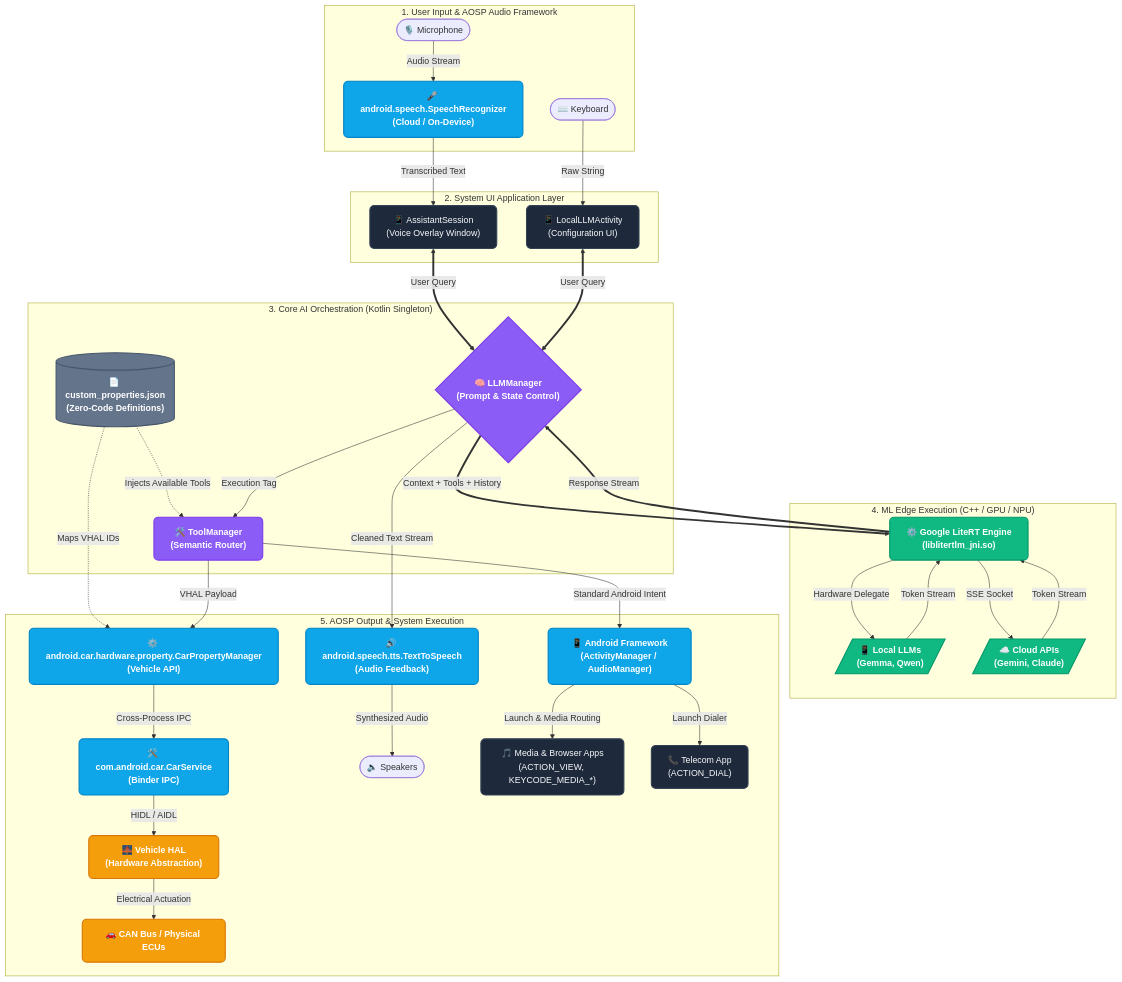
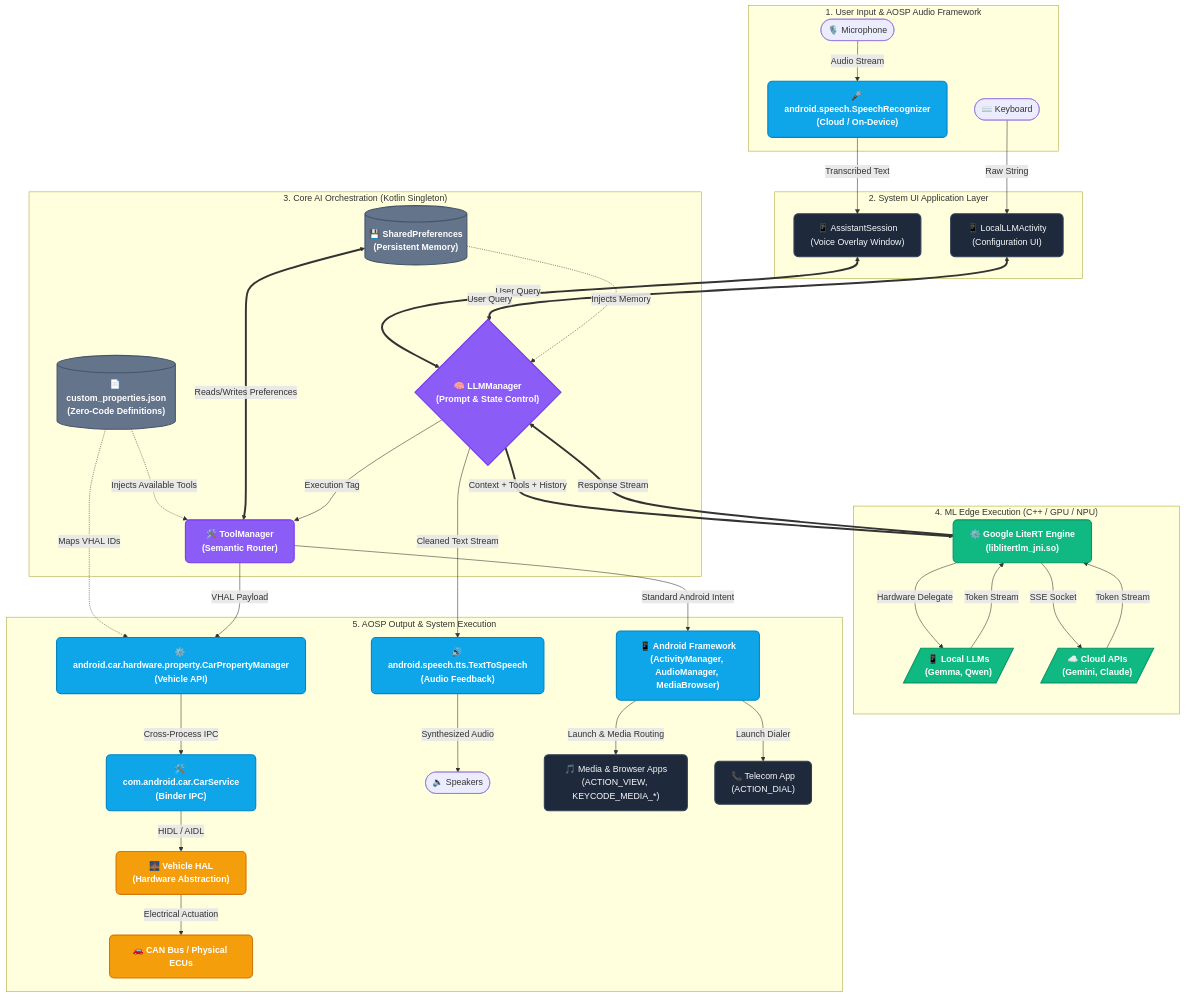
One commit to hemangpandhi/ai-assistant changed the first of 4 diagrams in ARCHITECTURE.md. Above: the diagram before and after it, drawn with Mermaid. The commit also changed other lines of this file, not shown here.

Commit message:
docs: explicitly add MediaBrowser and SharedPreferences to architecture diagrams

````diff
--- a/ARCHITECTURE.md
+++ b/ARCHITECTURE.md
@@ -11,76 +11,80 @@
 ```mermaid
 flowchart TD
     %% Professional Enterprise Theme
     classDef sysApp fill:#1E293B,stroke:#334155,stroke-width:2px,color:#F8FAFC,rx:8px,ry:8px;
     classDef aospAPI fill:#0EA5E9,stroke:#0284C7,stroke-width:2px,color:#FFFFFF,rx:8px,ry:8px,font-weight:bold;
     classDef logic fill:#8B5CF6,stroke:#7C3AED,stroke-width:2px,color:#FFFFFF,rx:8px,ry:8px,font-weight:bold;
     classDef ai fill:#10B981,stroke:#059669,stroke-width:2px,color:#FFFFFF,rx:8px,ry:8px,font-weight:bold;
     classDef hardware fill:#F59E0B,stroke:#D97706,stroke-width:2px,color:#FFFFFF,rx:8px,ry:8px,font-weight:bold;
     classDef config fill:#64748B,stroke:#475569,stroke-width:2px,color:#FFFFFF,rx:8px,ry:8px,font-weight:bold;
 
     subgraph Input ["1. User Input & AOSP Audio Framework"]
         MIC([🎙️ Microphone])
         TXT([⌨️ Keyboard])
         STT["🎤 android.speech.SpeechRecognizer<br/>(Cloud / On-Device)"]:::aospAPI
     end
 
     subgraph AppUI ["2. System UI Application Layer"]
         SESSION["📱 AssistantSession<br/>(Voice Overlay Window)"]:::sysApp
         ACT["📱 LocalLLMActivity<br/>(Configuration UI)"]:::sysApp
     end
 
     subgraph Orchestration ["3. Core AI Orchestration (Kotlin Singleton)"]
         LLM{"🧠 LLMManager<br/>(Prompt & State Control)"}:::logic
         TM["🛠️ ToolManager<br/>(Semantic Router)"]:::logic
         JSON[("📄 custom_properties.json<br/>(Zero-Code Definitions)")]:::config
+        PREFS[("💾 SharedPreferences<br/>(Persistent Memory)")]:::config
     end
 
     subgraph Inference ["4. ML Edge Execution (C++ / GPU / NPU)"]
         LITERT["⚙️ Google LiteRT Engine<br/>(liblitertlm_jni.so)"]:::ai
         LOCAL[/"📱 Local LLMs<br/>(Gemma, Qwen)"/]:::ai
         CLOUD[/"☁️ Cloud APIs<br/>(Gemini, Claude)"/]:::ai
     end
 
     subgraph Output ["5. AOSP Output & System Execution"]
         TTS["🔊 android.speech.tts.TextToSpeech<br/>(Audio Feedback)"]:::aospAPI
         CPM["⚙️ android.car.hardware.property.CarPropertyManager<br/>(Vehicle API)"]:::aospAPI
         CARSERVICE["🛠️ com.android.car.CarService<br/>(Binder IPC)"]:::aospAPI
         VHAL["🌉 Vehicle HAL<br/>(Hardware Abstraction)"]:::hardware
         CAN["🚗 CAN Bus / Physical ECUs"]:::hardware
         SPK([🔈 Speakers])
-        INTENTS["📱 Android Framework<br/>(ActivityManager / AudioManager)"]:::aospAPI
+        INTENTS["📱 Android Framework<br/>(ActivityManager, AudioManager, MediaBrowser)"]:::aospAPI
         MEDIA["🎵 Media & Browser Apps<br/>(ACTION_VIEW, KEYCODE_MEDIA_*)"]:::sysApp
         PHONE["📞 Telecom App<br/>(ACTION_DIAL)"]:::sysApp
     end
 
     %% Flow Mapping
     MIC -->|Audio Stream| STT
     STT -->|Transcribed Text| SESSION
     TXT -->|Raw String| ACT
     
     SESSION <==>|User Query| LLM
     ACT <==>|User Query| LLM
     
     JSON -.->|Injects Available Tools| TM
     JSON -.->|Maps VHAL IDs| CPM
+    
+    PREFS <==>|Reads/Writes Preferences| TM
+    PREFS -.->|Injects Memory| LLM
     
     LLM ==>|"Context + Tools + History"| LITERT
     LITERT -->|"Hardware Delegate"| LOCAL
     LITERT -->|"SSE Socket"| CLOUD
     
     LOCAL & CLOUD -->|"Token Stream"| LITERT
     LITERT ==>|"Response Stream"| LLM
     
     LLM -->|"Cleaned Text Stream"| TTS
     TTS -->|"Synthesized Audio"| SPK
     
     LLM -->|"<TOOL> Execution Tag"| TM
     TM -->|"VHAL Payload"| CPM
     CPM -->|"Cross-Process IPC"| CARSERVICE
     CARSERVICE -->|"HIDL / AIDL"| VHAL
     VHAL -->|"Electrical Actuation"| CAN
 
     TM -->|"Standard Android Intent"| INTENTS
     INTENTS -->|"Launch & Media Routing"| MEDIA
     INTENTS -->|"Launch Dialer"| PHONE
 ```
````
